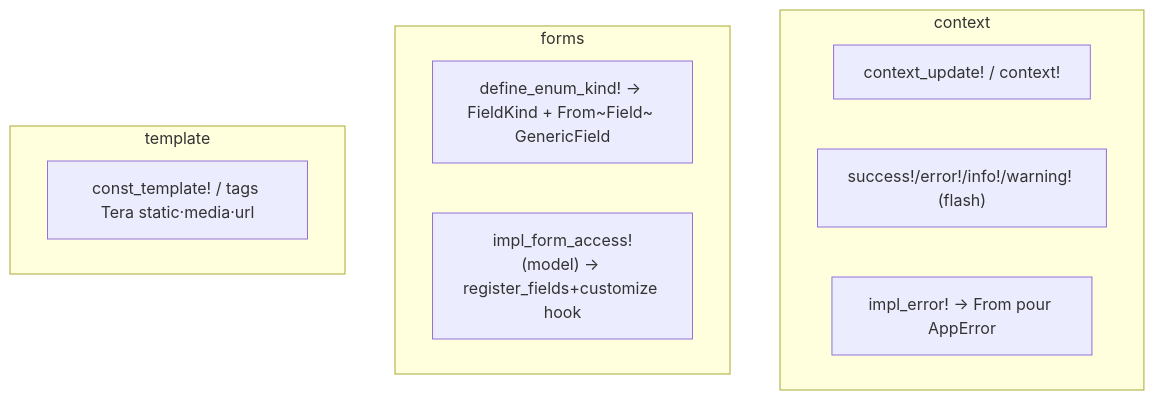
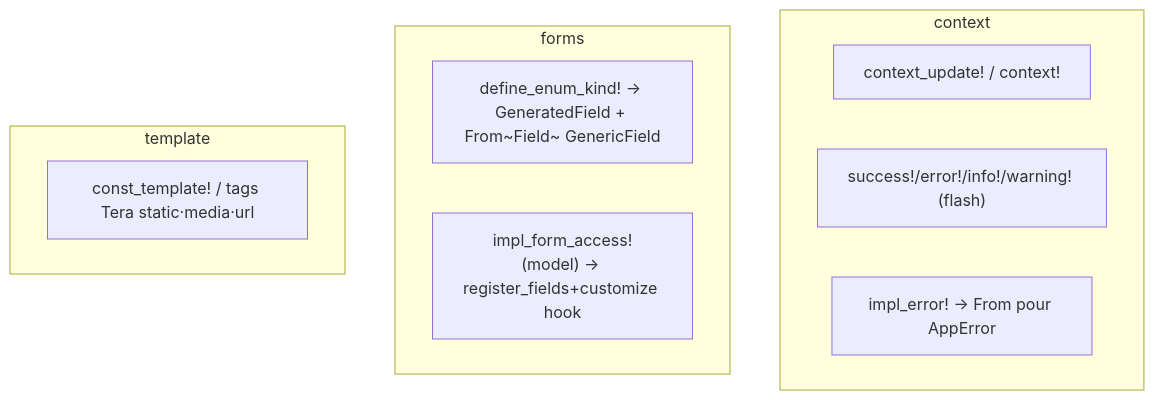
One commit to seb-alliot/runique changed the third of 3 diagrams in diagramme/uml/macros/macros.md. Above: the diagram before and after it, drawn with Mermaid. The commit also changed 34 other files, not shown here.

````diff
--- a/diagramme/uml/macros/macros.md
+++ b/diagramme/uml/macros/macros.md
@@ -59,15 +59,15 @@
 ```mermaid
 flowchart TB
     subgraph context
       CS[context_update! / context!]
       FL["success!/error!/info!/warning! (flash)"]
       IE[impl_error! → From pour AppError]
     end
     subgraph forms
-      EK[define_enum_kind! → FieldKind + From~Field~ GenericField]
+      EK[define_enum_kind! → GeneratedField + From~Field~ GenericField]
       IFA["impl_form_access!(model) → register_fields+customize hook"]
     end
     subgraph template
       CT[const_template! / tags Tera static·media·url]
     end
 ```
````
